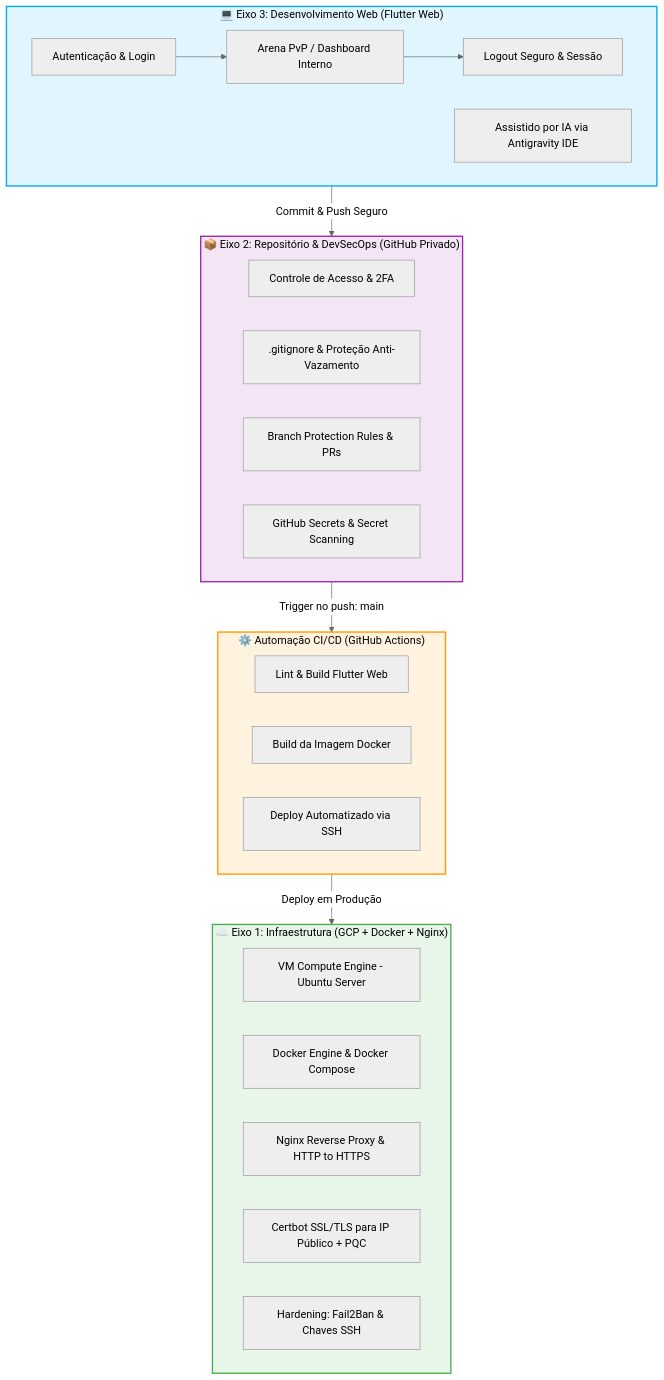
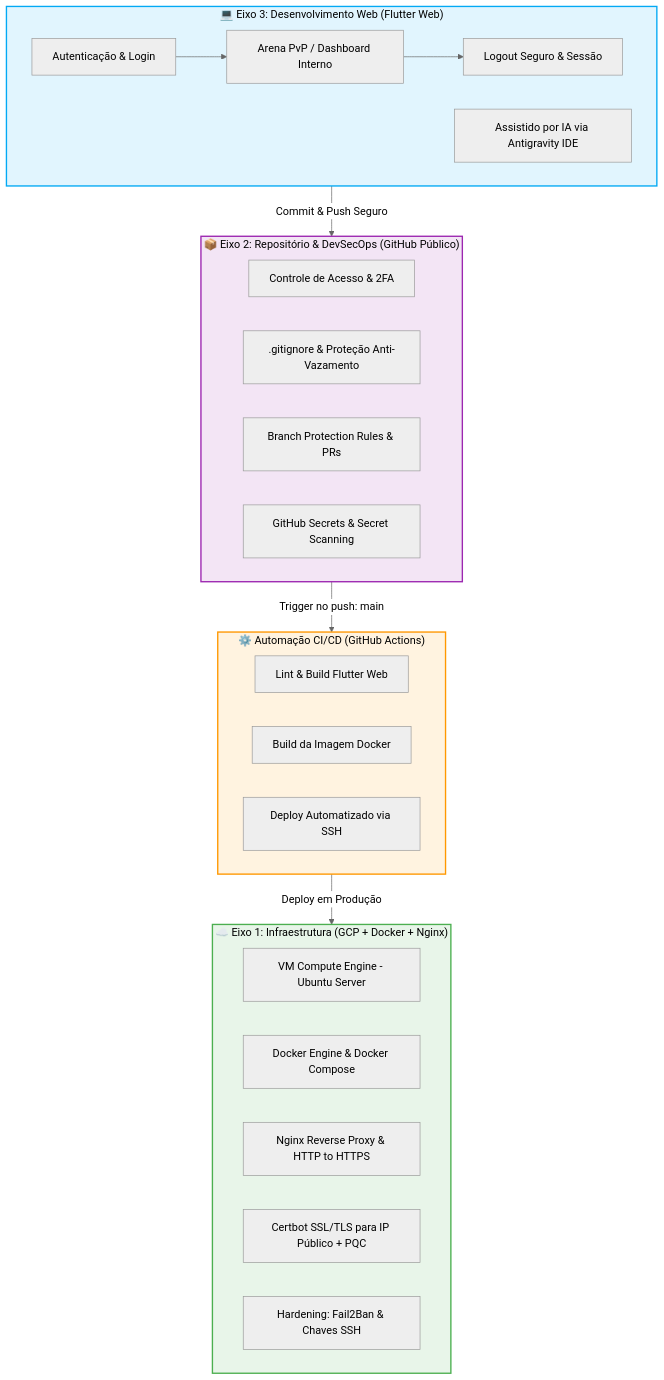
One commit to antonxandre/cybersecurity-wars changed the first of 2 diagrams in docs/arquitetura_e_diretrizes.md. Above: the diagram before and after it, drawn with Mermaid (neutral theme). The commit also changed other lines of this file and 1 other file, not shown here.

````diff
--- a/docs/arquitetura_e_diretrizes.md
+++ b/docs/arquitetura_e_diretrizes.md
@@ -11,38 +11,38 @@
 ```mermaid
 graph TD
     subgraph Eixo3["💻 Eixo 3: Desenvolvimento Web (Flutter Web)"]
         F1[Autenticação & Login] --> F2[Arena PvP / Dashboard Interno]
         F2 --> F3[Logout Seguro & Sessão]
         F4[Assistido por IA via Antigravity IDE]
     end
 
-    subgraph Eixo2["📦 Eixo 2: Repositório & DevSecOps (GitHub Privado)"]
+    subgraph Eixo2["📦 Eixo 2: Repositório & DevSecOps (GitHub Público)"]
         R1[Controle de Acesso & 2FA]
         R2[.gitignore & Proteção Anti-Vazamento]
         R3[Branch Protection Rules & PRs]
         R4[GitHub Secrets & Secret Scanning]
     end
 
     subgraph CICD["⚙️ Automação CI/CD (GitHub Actions)"]
         P1[Lint & Build Flutter Web]
         P2[Build da Imagem Docker]
         P3[Deploy Automatizado via SSH]
     end
 
     subgraph Eixo1["☁️ Eixo 1: Infraestrutura (GCP + Docker + Nginx)"]
         I1[VM Compute Engine - Ubuntu Server]
         I2[Docker Engine & Docker Compose]
         I3[Nginx Reverse Proxy & HTTP to HTTPS]
         I4[Certbot SSL/TLS para IP Público + PQC]
         I5[Hardening: Fail2Ban & Chaves SSH]
     end
 
     Eixo3 -->|Commit & Push Seguro| Eixo2
     Eixo2 -->|Trigger no push: main| CICD
     CICD -->|Deploy em Produção| Eixo1
 
     style Eixo3 fill:#e1f5fe,stroke:#03a9f4,stroke-width:2px,color:#000000
     style Eixo2 fill:#f3e5f5,stroke:#9c27b0,stroke-width:2px,color:#000000
     style CICD fill:#fff3e0,stroke:#ff9800,stroke-width:2px,color:#000000
     style Eixo1 fill:#e8f5e9,stroke:#4caf50,stroke-width:2px,color:#000000
 ```
````
